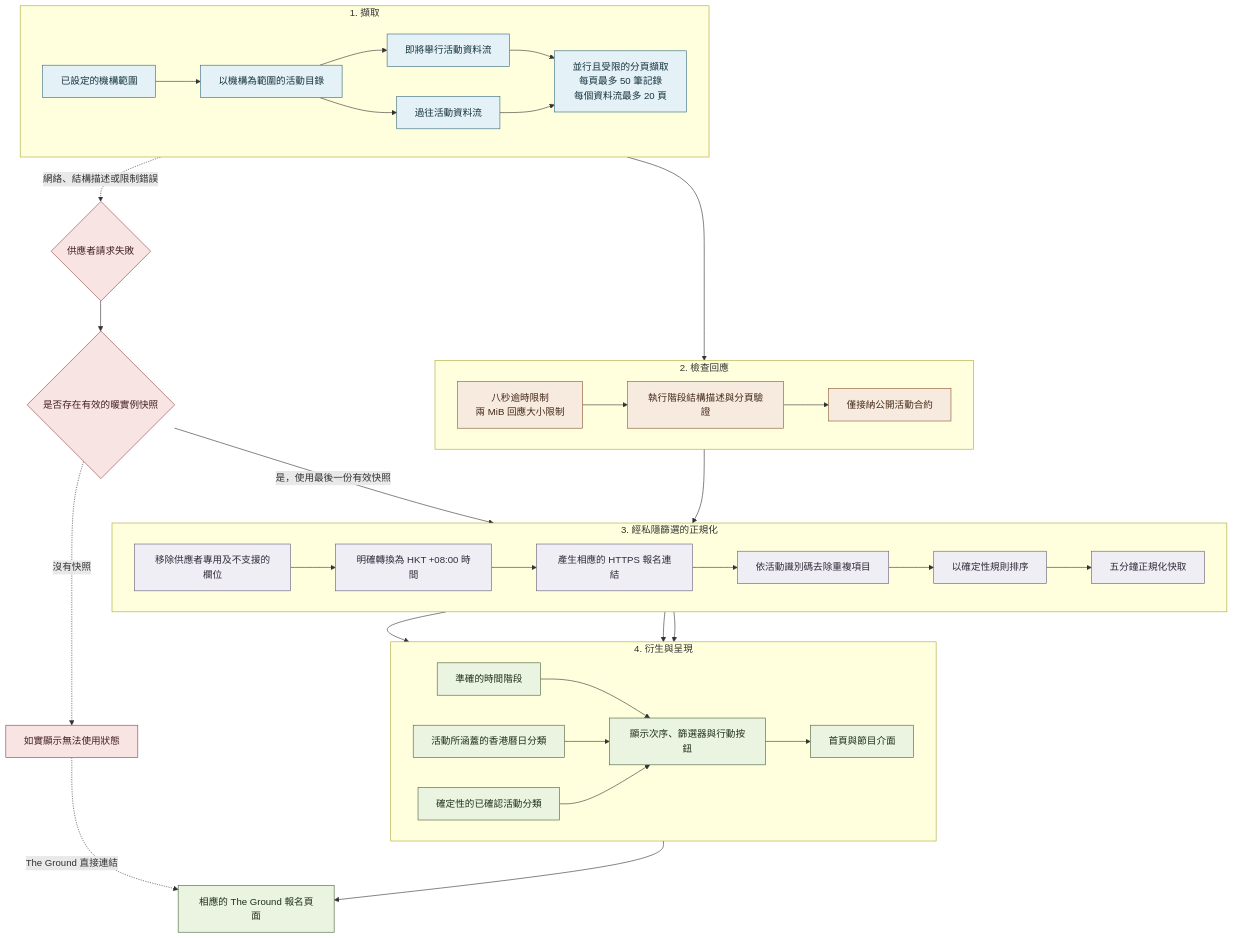
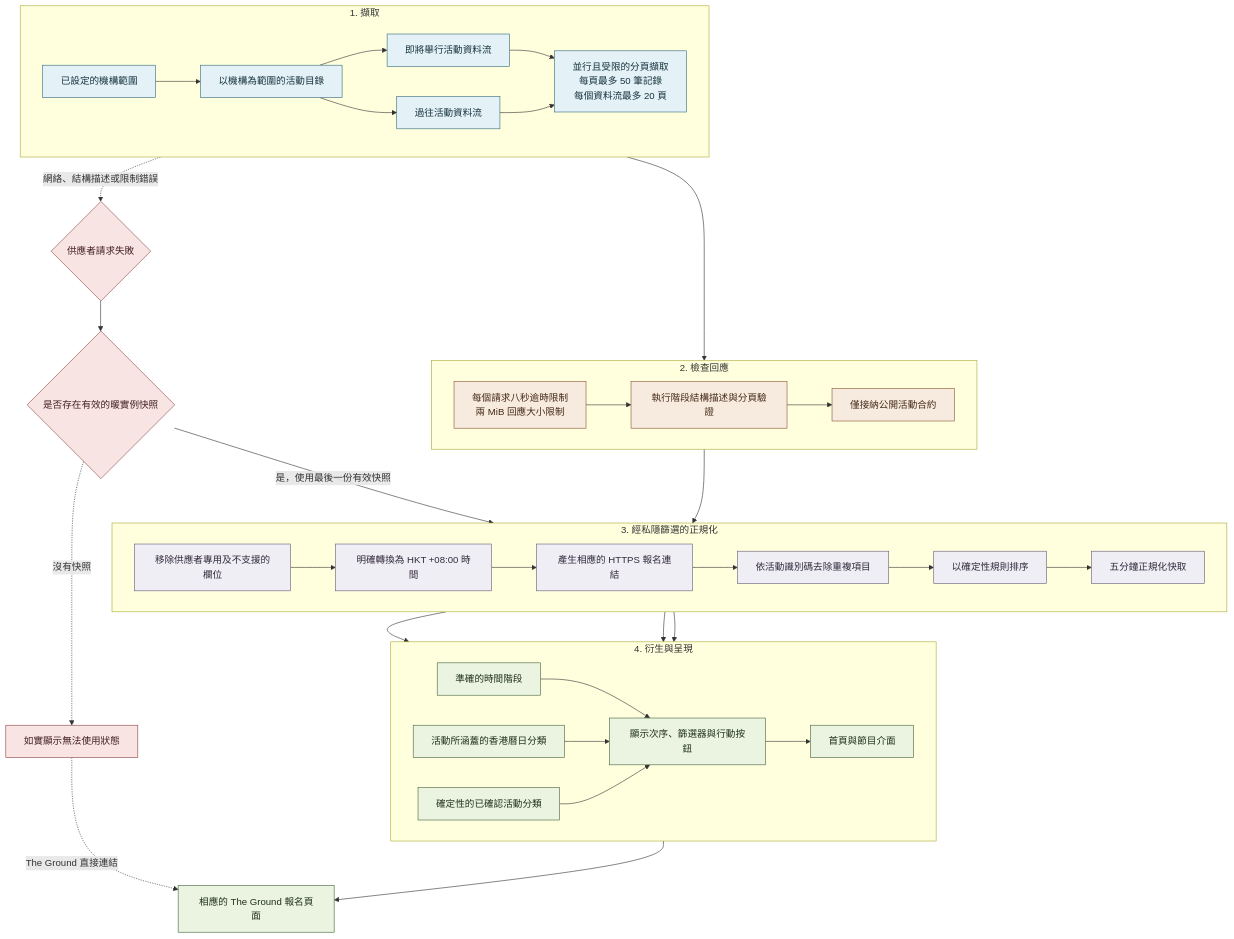
The diagram in docs/diagrams/the-ground-event-interface.zh-Hant.mmd (jackyngtf/wellness-village-event-platform), drawn with Mermaid before and after one commit. The commit also changed 147 other files, not shown here.

```diff
--- a/docs/diagrams/the-ground-event-interface.zh-Hant.mmd
+++ b/docs/diagrams/the-ground-event-interface.zh-Hant.mmd
@@ -1,81 +1,81 @@
 flowchart TB
     subgraph ACQUIRE[1. 擷取]
         direction LR
         CONFIG[已設定的機構範圍]
         CATALOGUE[以機構為範圍的活動目錄]
         UPCOMING[即將舉行活動資料流]
         PAST[過往活動資料流]
         PAGINATION[並行且受限的分頁擷取<br/>每頁最多 50 筆記錄<br/>每個資料流最多 20 頁]
     end
 
     subgraph TRUST[2. 檢查回應]
         direction LR
-        LIMITS[八秒逾時限制<br/>兩 MiB 回應大小限制]
+        LIMITS[每個請求八秒逾時限制<br/>兩 MiB 回應大小限制]
         SCHEMA[執行階段結構描述與分頁驗證]
         PUBLIC_CONTRACT[僅接納公開活動合約]
     end
 
     subgraph NORMALISE[3. 經私隱篩選的正規化]
         direction LR
         FILTER[移除供應者專用及不支援的欄位]
         HKT[明確轉換為 HKT +08:00 時間]
         LINKS[產生相應的 HTTPS 報名連結]
         DEDUP[依活動識別碼去除重複項目]
         SORT[以確定性規則排序]
         CACHE[五分鐘正規化快取]
     end
 
     subgraph DERIVE[4. 衍生與呈現]
         direction LR
         PHASE[準確的時間階段]
         CALENDAR[活動所涵蓋的香港曆日分類]
         CATEGORIES[確定性的已確認活動分類]
         DISPLAY[顯示次序、篩選器與行動按鈕]
         UI[首頁與節目介面]
     end
 
     FALLBACK{供應者請求失敗}
     WARM{是否存在有效的暖實例快照}
     COLD[如實顯示無法使用狀態]
     BOOKING[相應的 The Ground 報名頁面]
 
     CONFIG --> CATALOGUE
     CATALOGUE --> UPCOMING
     CATALOGUE --> PAST
     UPCOMING --> PAGINATION
     PAST --> PAGINATION
     PAGINATION --> LIMITS
     LIMITS --> SCHEMA
     SCHEMA --> PUBLIC_CONTRACT
     PUBLIC_CONTRACT --> FILTER
     FILTER --> HKT
     HKT --> LINKS
     LINKS --> DEDUP
     DEDUP --> SORT
     SORT --> CACHE
 
     CACHE --> PHASE
     CACHE --> CALENDAR
     CACHE --> CATEGORIES
     PHASE --> DISPLAY
     CALENDAR --> DISPLAY
     CATEGORIES --> DISPLAY
     DISPLAY --> UI
     UI --> BOOKING
 
     PAGINATION -.->|網絡、結構描述或限制錯誤| FALLBACK
     FALLBACK --> WARM
     WARM -->|是，使用最後一份有效快照| CACHE
     WARM -.->|沒有快照| COLD
     COLD -.->|The Ground 直接連結| BOOKING
 
     classDef acquire fill:#e4f1f7,stroke:#356a7d,color:#16333d
     classDef trust fill:#f7eadf,stroke:#8a5834,color:#442a18
     classDef normalise fill:#f0eef5,stroke:#675b79,color:#312a3a
     classDef derive fill:#eaf4e1,stroke:#48633c,color:#20301b
     classDef failure fill:#f9e4e4,stroke:#8b4545,color:#421f1f
     class CONFIG,CATALOGUE,UPCOMING,PAST,PAGINATION acquire
     class LIMITS,SCHEMA,PUBLIC_CONTRACT trust
     class FILTER,HKT,LINKS,DEDUP,SORT,CACHE normalise
     class PHASE,CALENDAR,CATEGORIES,DISPLAY,UI,BOOKING derive
     class FALLBACK,WARM,COLD failure
```
